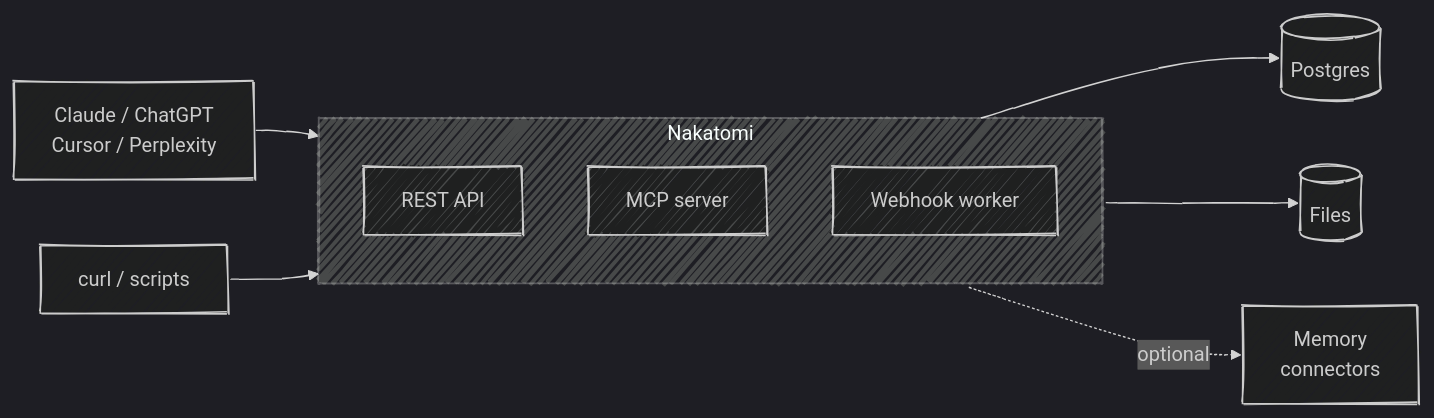
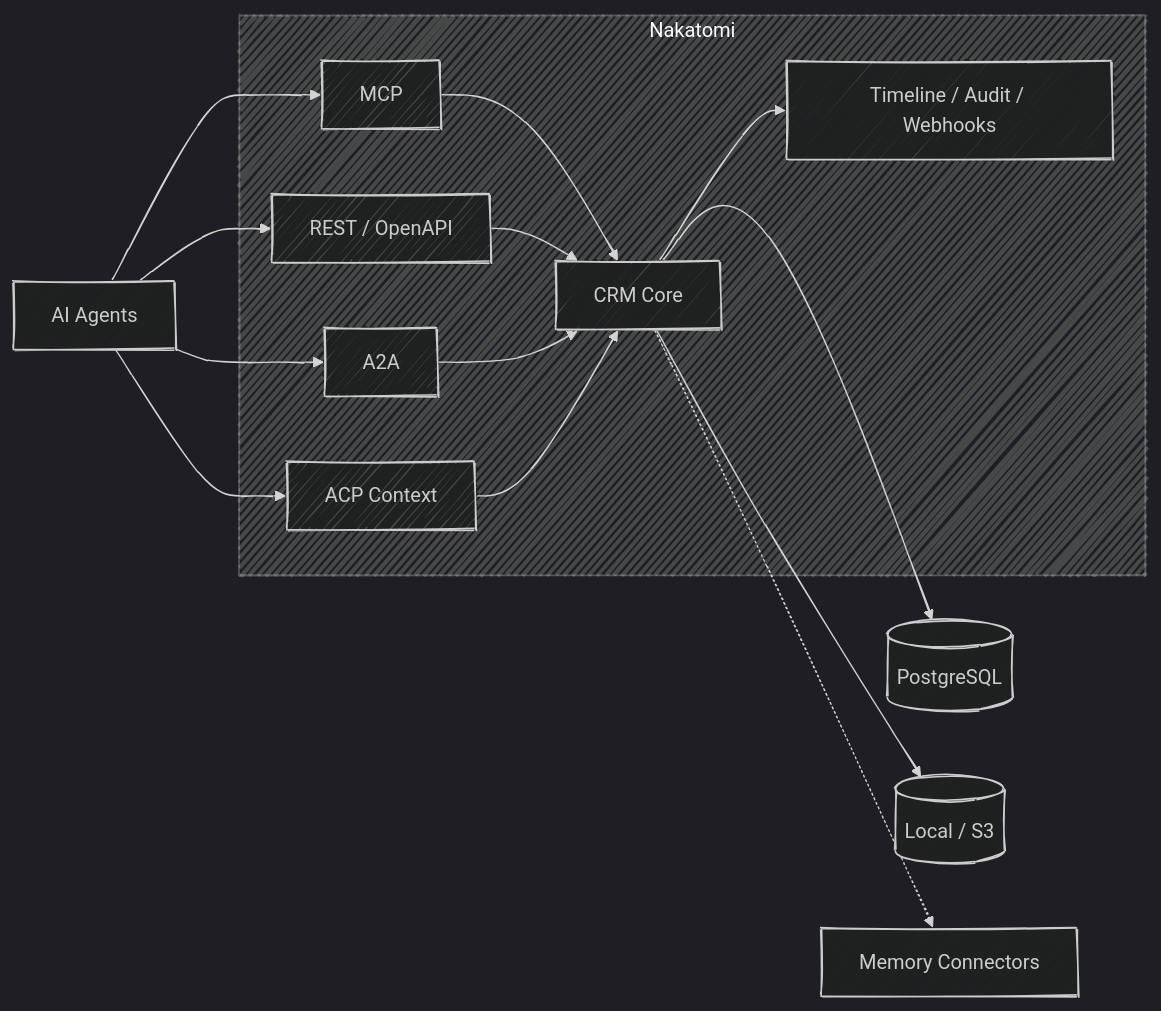
Before and after one commit to mrdulasolutions/NakatomiCRM: the diagram in README.md, drawn with Mermaid. The commit also changed other lines of this file, not shown here.

First line of the commit message:
docs: overhaul README for agent-first positioning and MCP story.

````diff
--- a/README.md
+++ b/README.md
@@ -18,15 +465,26 @@
 ```mermaid
 %%{init: {"look": "handDrawn", "theme": "dark"}}%%
 flowchart LR
-    Agents[Claude / ChatGPT<br/>Cursor / Perplexity] --> Nakatomi
-    CLI[curl / scripts] --> Nakatomi
-    subgraph Nakatomi[Nakatomi]
-        direction TB
-        REST[REST API]
-        MCP[MCP server]
-        Worker[Webhook worker]
+    Agents[AI Agents] --> MCP[MCP]
+    Agents --> REST[REST / OpenAPI]
+    Agents --> A2A[A2A]
+    Agents --> ACP[ACP Context]
+
+    subgraph Nakatomi
+        MCP
+        REST
+        A2A
+        ACP
+        Core[CRM Core]
+        Events[Timeline / Audit / Webhooks]
     end
-    Nakatomi --> PG[(Postgres)]
-    Nakatomi --> Storage[(Files)]
-    Nakatomi -.->|optional| Memory[Memory<br/>connectors]
+
+    MCP --> Core
+    REST --> Core
+    A2A --> Core
+    ACP --> Core
+    Core --> Events
+    Core --> PG[(PostgreSQL)]
+    Core --> Files[(Local / S3)]
+    Core -.-> Memory[Memory Connectors]
 ```
````
